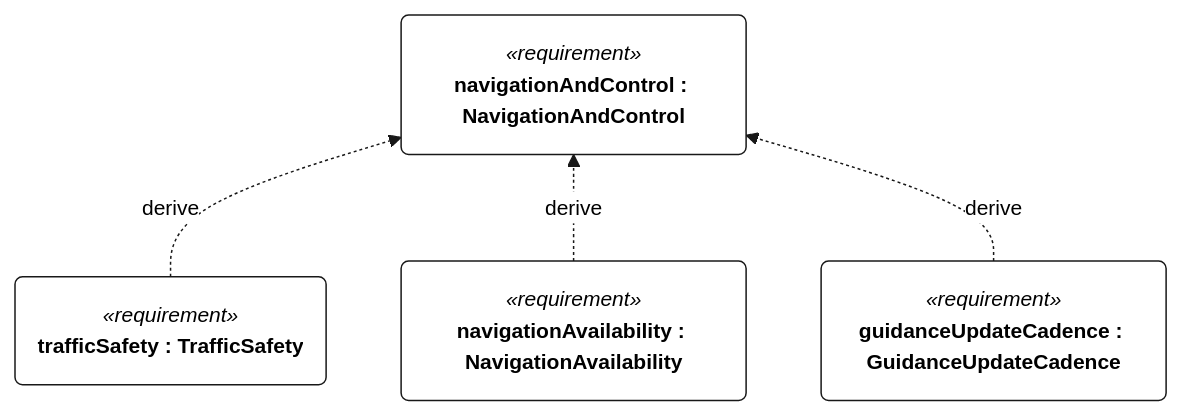
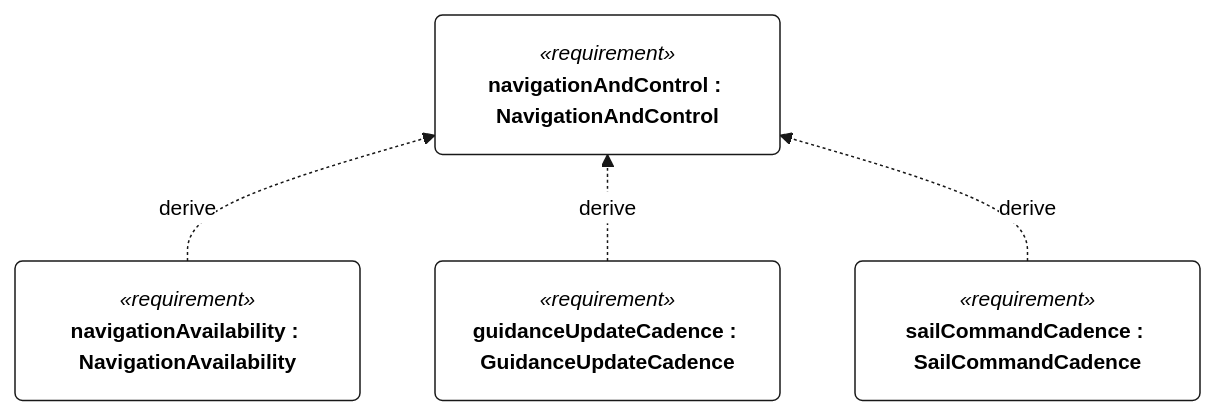
Before and after one commit to DavidIngraham/sv-blue-dog: the first of 2 diagrams in docs/figures/requirements-e-002.md, drawn with Mermaid. The commit also changed other lines of this file and 130 other files, not shown here.

````diff
--- a/docs/figures/requirements-e-002.md
+++ b/docs/figures/requirements-e-002.md
@@ -27,43 +25,43 @@
 ```mermaid
 ---
 config:
   fontFamily: "Helvetica, Arial, sans-serif"
   theme: base
   themeCSS: ".edgeLabel rect { opacity: 1 !important; } .cluster-label .nodeLabel { text-align: center; }"
   themeVariables:
     fontFamily: "Helvetica, Arial, sans-serif"
     fontSize: "14px"
     primaryColor: "#FFFFFF"
     secondaryColor: "#FFFFFF"
     tertiaryColor: "#FFFFFF"
     background: "#FFFFFF"
     primaryBorderColor: "#181818"
     primaryTextColor: "#000000"
     lineColor: "#181818"
     textColor: "#000000"
     noteBkgColor: "#FEFFDD"
     noteBorderColor: "#181818"
     noteTextColor: "#000000"
     clusterBkg: "#FFFFFF"
     clusterBorder: "#181818"
     edgeLabelBackground: "#FFFFFF"
 ---
 %% BlueDogViews::navigationAndControl1 — requirement rendering (view def GeneralView, filter @RequirementUsage)
-%% not represented: 225 node(s) without a position, left undrawn, and 426 edge(s) at them
+%% not represented: 128 node(s) without a position, left undrawn, and 172 edge(s) at them
 %% layout: n0 x=0 y=0
 %% layout: n1 x=0 y=200
 %% layout: n2 x=300 y=200
 %% layout: n3 x=600 y=200
 flowchart BT
   n0("`*«requirement»*
 **navigationAndControl : NavigationAndControl**`")
   n1("`*«requirement»*
-**trafficSafety : TrafficSafety**`")
+**navigationAvailability : NavigationAvailability**`")
   n2("`*«requirement»*
-**navigationAvailability : NavigationAvailability**`")
+**guidanceUpdateCadence : GuidanceUpdateCadence**`")
   n3("`*«requirement»*
-**guidanceUpdateCadence : GuidanceUpdateCadence**`")
+**sailCommandCadence : SailCommandCadence**`")
   n1 -.->|"derive"| n0
   n2 -.->|"derive"| n0
   n3 -.->|"derive"| n0
 ```
````
